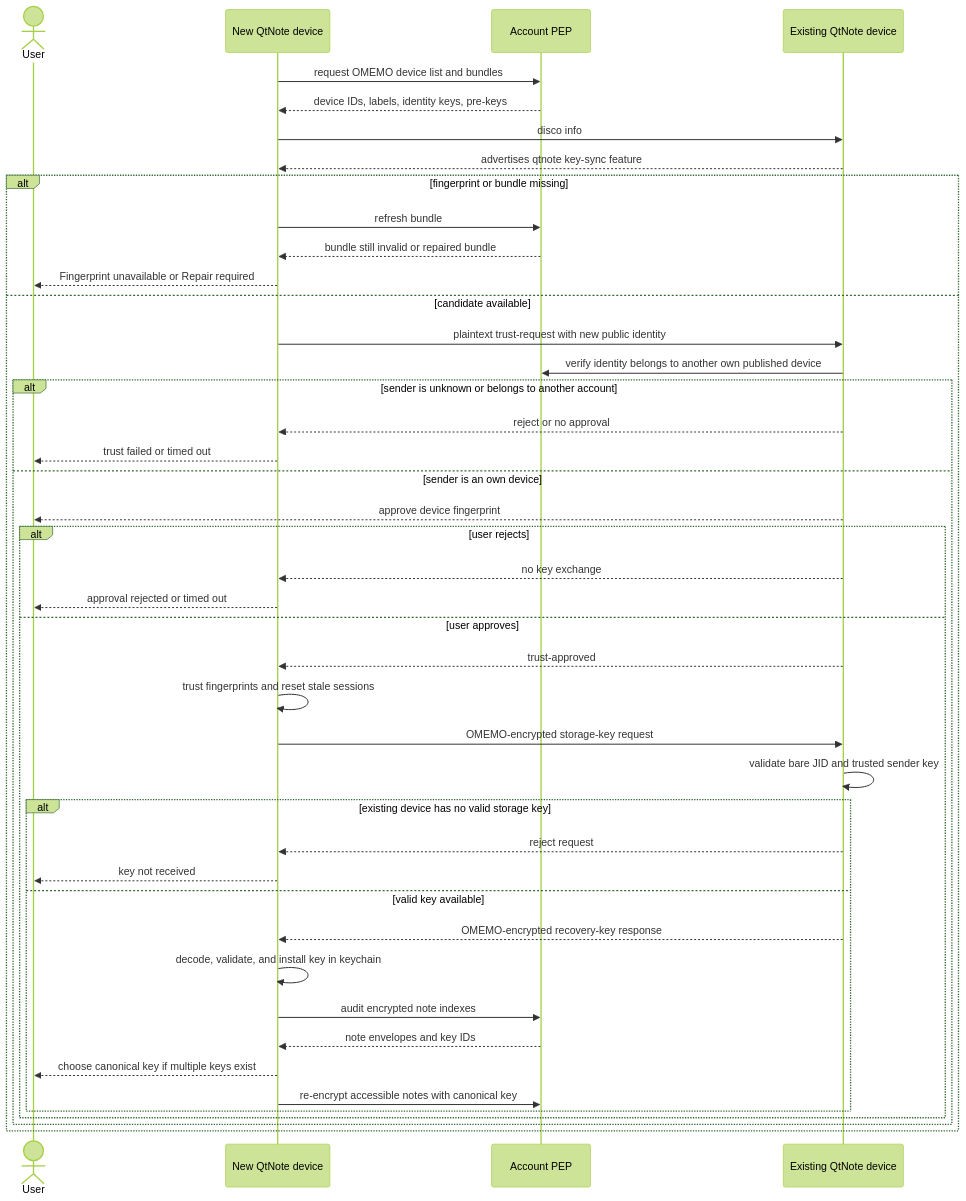
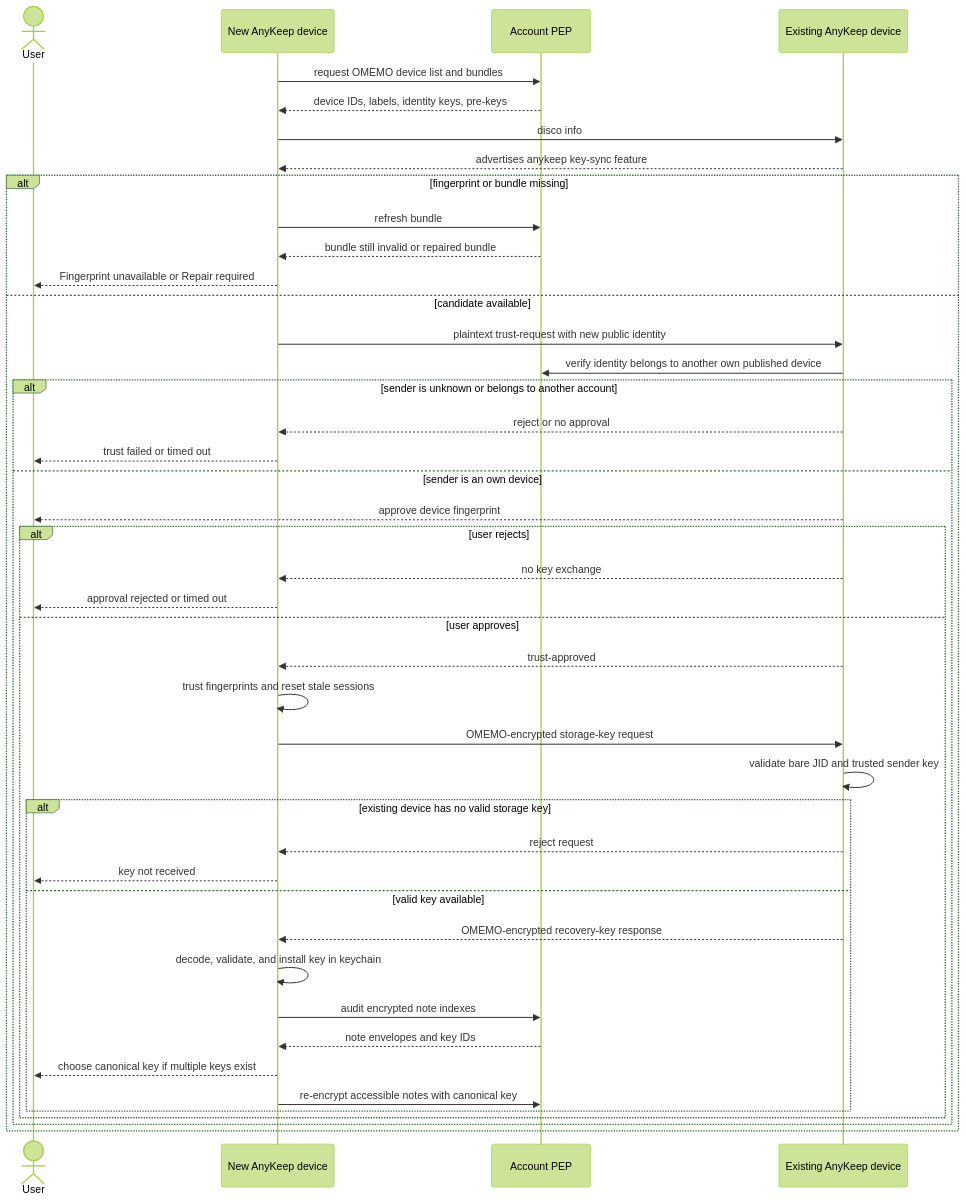
The fifth of 6 diagrams in plugins/xmpppubsub/README.md (Ri0n/AnyKeep), drawn with Mermaid (forest theme) before and after one commit. The commit also changed other lines of this file and 851 other files, not shown here.

Commit message:
Rebranding to AnyKeep

````diff
--- a/plugins/xmpppubsub/README.md
+++ b/plugins/xmpppubsub/README.md
@@ -316,47 +316,47 @@
 ```mermaid
 sequenceDiagram
     actor U as User
-    participant N as New QtNote device
+    participant N as New AnyKeep device
     participant P as Account PEP
-    participant E as Existing QtNote device
+    participant E as Existing AnyKeep device
 
     N->>P: request OMEMO device list and bundles
     P-->>N: device IDs, labels, identity keys, pre-keys
     N->>E: disco info
-    E-->>N: advertises qtnote key-sync feature
+    E-->>N: advertises anykeep key-sync feature
 
     alt fingerprint or bundle missing
         N->>P: refresh bundle
         P-->>N: bundle still invalid or repaired bundle
         N-->>U: Fingerprint unavailable or Repair required
     else candidate available
         N->>E: plaintext trust-request with new public identity
         E->>P: verify identity belongs to another own published device
         alt sender is unknown or belongs to another account
             E-->>N: reject or no approval
             N-->>U: trust failed or timed out
         else sender is an own device
             E-->>U: approve device fingerprint
             alt user rejects
                 E-->>N: no key exchange
                 N-->>U: approval rejected or timed out
             else user approves
                 E-->>N: trust-approved
                 N->>N: trust fingerprints and reset stale sessions
                 N->>E: OMEMO-encrypted storage-key request
                 E->>E: validate bare JID and trusted sender key
                 alt existing device has no valid storage key
                     E-->>N: reject request
                     N-->>U: key not received
                 else valid key available
                     E-->>N: OMEMO-encrypted recovery-key response
                     N->>N: decode, validate, and install key in keychain
                     N->>P: audit encrypted note indexes
                     P-->>N: note envelopes and key IDs
                     N-->>U: choose canonical key if multiple keys exist
                     N->>P: re-encrypt accessible notes with canonical key
                 end
             end
         end
     end
 ```
````
